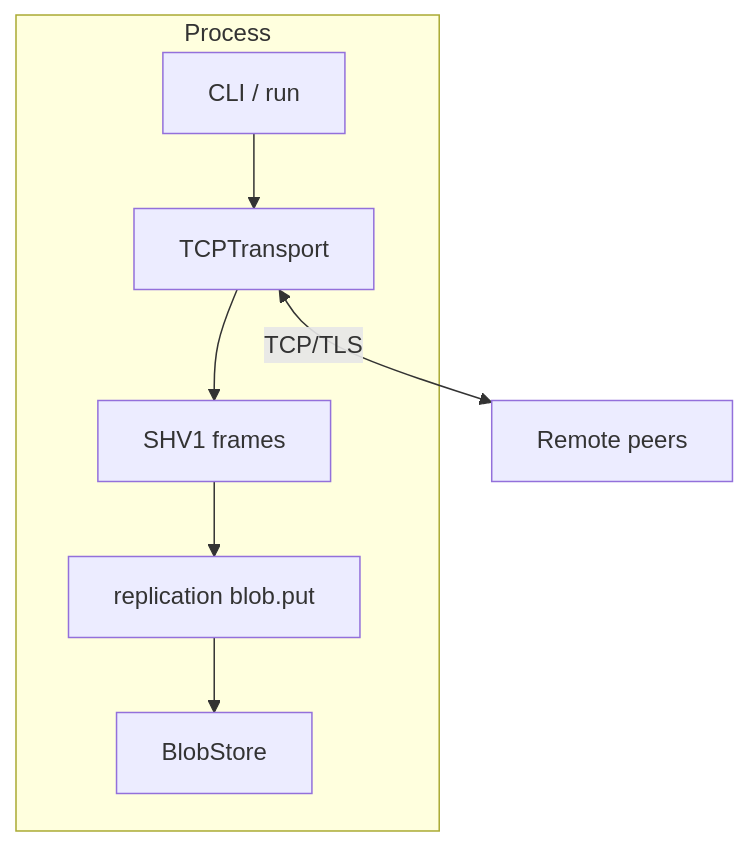
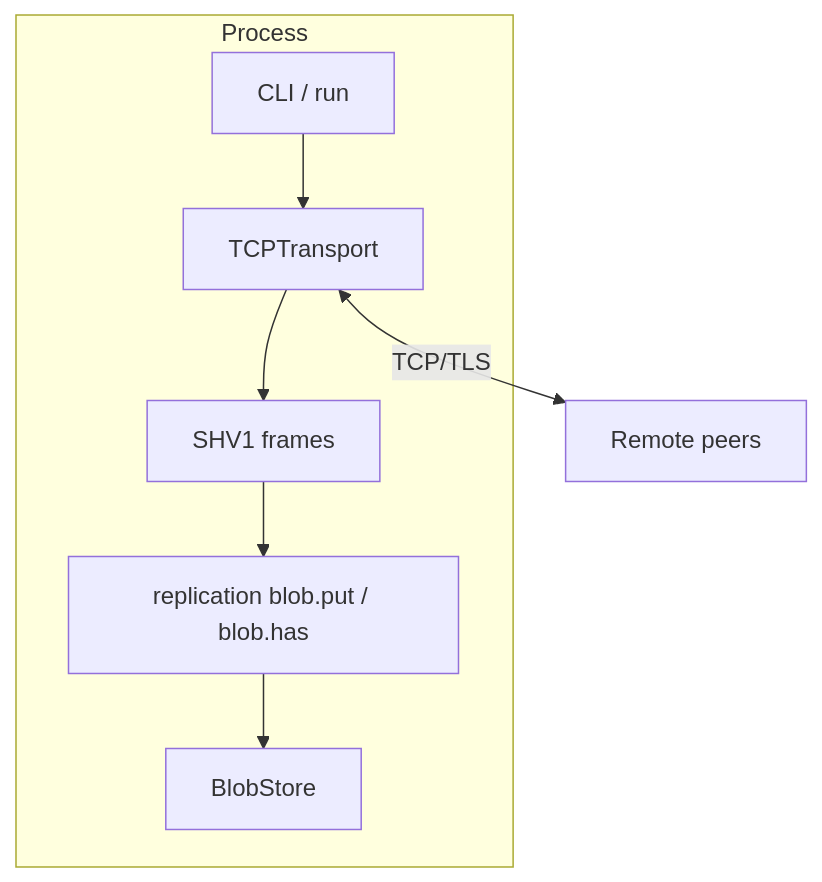
Before and after one commit to AlisinaDevelo/StreamHive: the diagram in README.md, drawn with Mermaid. The commit also changed other lines of this file and 6 other files, not shown here.

````diff
--- a/README.md
+++ b/README.md
@@ -112,15 +113,15 @@
 ```mermaid
 flowchart TB
   subgraph app [Process]
     CLI[CLI / run]
     T[TCPTransport]
     F[SHV1 frames]
     S[BlobStore]
-    R[replication blob.put]
+    R[replication blob.put / blob.has]
     CLI --> T
     T --> F
     F --> R
     R --> S
   end
   T <-->|TCP/TLS| remote[Remote peers]
 ```
````
